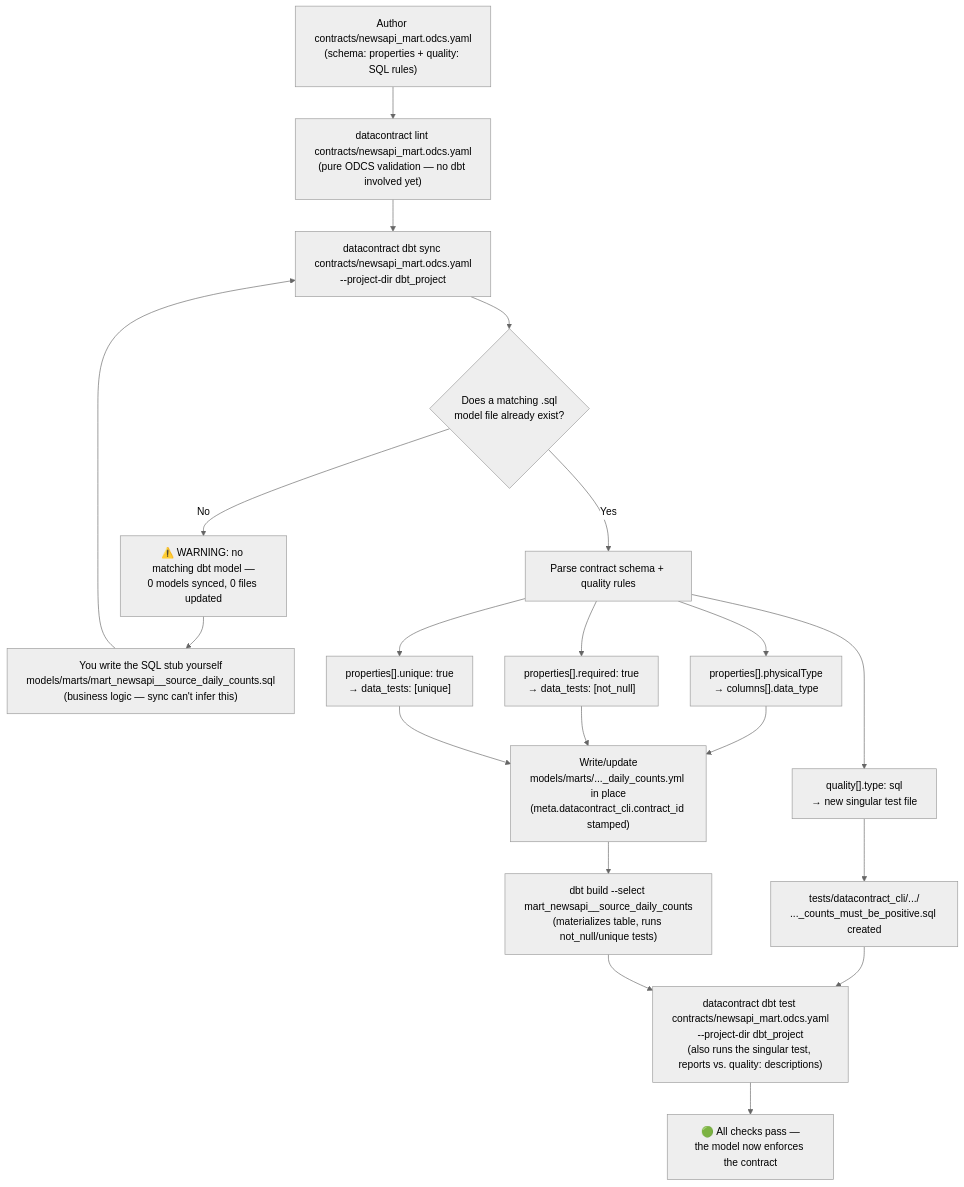
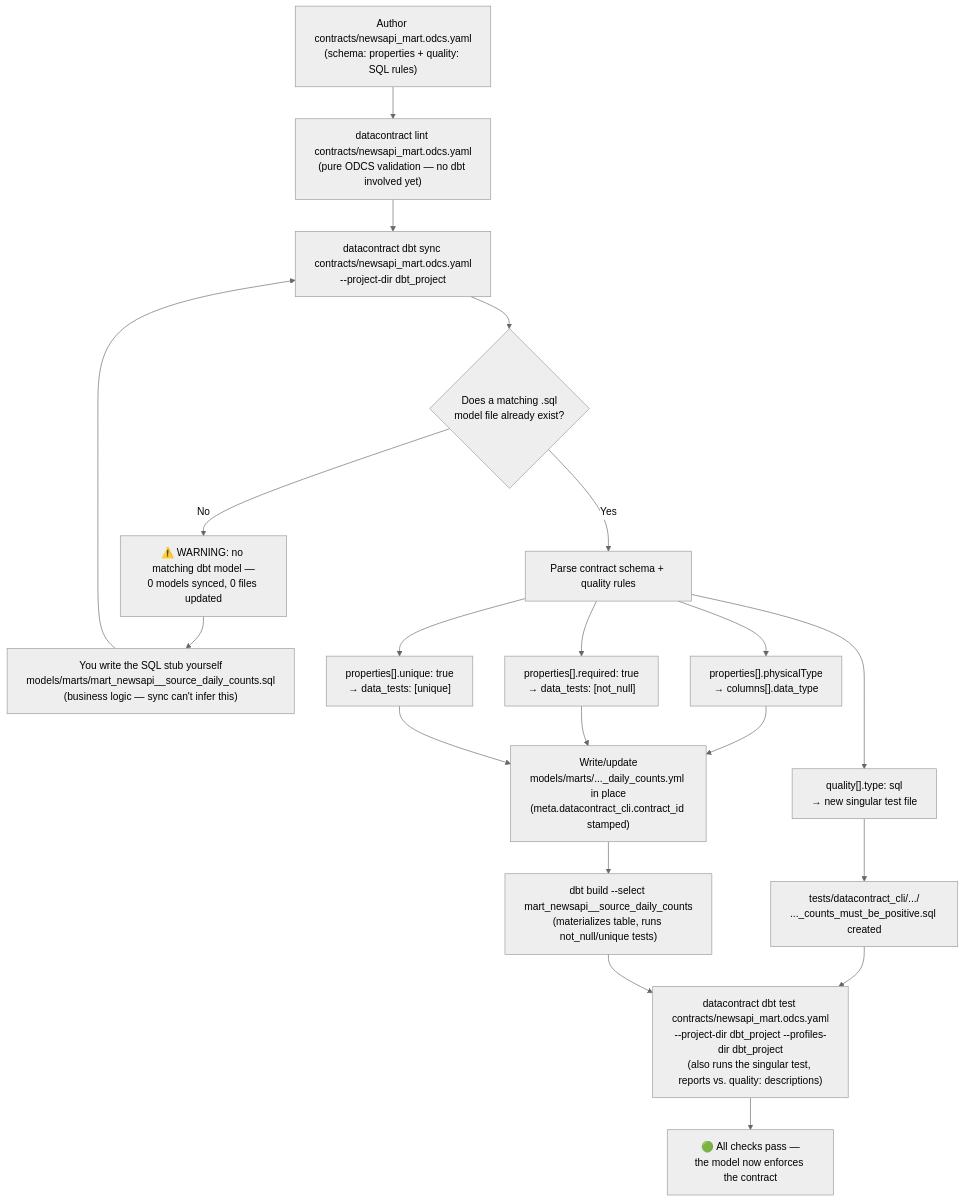
One commit to ekoepplin/dbt-data-contract-workflow changed the first of 2 diagrams in GETTING_STARTED_DATA_CONTRACT_CLI.md. Above: the diagram before and after it, drawn with Mermaid (neutral theme). The commit also changed other lines of this file and 1 other file, not shown here.

First line of the commit message:
docs: make datacontract dbt test command work outside the devcontainer

````diff
--- a/GETTING_STARTED_DATA_CONTRACT_CLI.md
+++ b/GETTING_STARTED_DATA_CONTRACT_CLI.md
@@ -144,27 +144,27 @@
 ```mermaid
 flowchart TD
     A["Author contracts/newsapi_mart.odcs.yaml<br/>(schema: properties + quality: SQL rules)"] --> B["datacontract lint contracts/newsapi_mart.odcs.yaml<br/>(pure ODCS validation — no dbt involved yet)"]
     B --> C["datacontract dbt sync contracts/newsapi_mart.odcs.yaml<br/>--project-dir dbt_project"]
     C --> D{"Does a matching .sql<br/>model file already exist?"}
 
     D -- "No" --> E["⚠️ WARNING: no matching dbt model —<br/>0 models synced, 0 files updated"]
     E --> F["You write the SQL stub yourself<br/>models/marts/mart_newsapi__source_daily_counts.sql<br/>(business logic — sync can't infer this)"]
     F --> C
 
     D -- "Yes" --> G["Parse contract schema + quality rules"]
     G --> G1["properties[].physicalType<br/>→ columns[].data_type"]
     G --> G2["properties[].required: true<br/>→ data_tests: [not_null]"]
     G --> G3["properties[].unique: true<br/>→ data_tests: [unique]"]
     G --> G4["quality[].type: sql<br/>→ new singular test file"]
 
     G1 --> H["Write/update<br/>models/marts/..._daily_counts.yml in place<br/>(meta.datacontract_cli.contract_id stamped)"]
     G2 --> H
     G3 --> H
     G4 --> I["tests/datacontract_cli/.../<br/>..._counts_must_be_positive.sql created"]
 
     H --> J["dbt build --select mart_newsapi__source_daily_counts<br/>(materializes table, runs not_null/unique tests)"]
-    I --> K["datacontract dbt test contracts/newsapi_mart.odcs.yaml<br/>--project-dir dbt_project<br/>(also runs the singular test, reports vs. quality: descriptions)"]
+    I --> K["datacontract dbt test contracts/newsapi_mart.odcs.yaml<br/>--project-dir dbt_project --profiles-dir dbt_project<br/>(also runs the singular test, reports vs. quality: descriptions)"]
     J --> K
 
     K --> L["🟢 All checks pass —<br/>the model now enforces the contract"]
 ```
````
